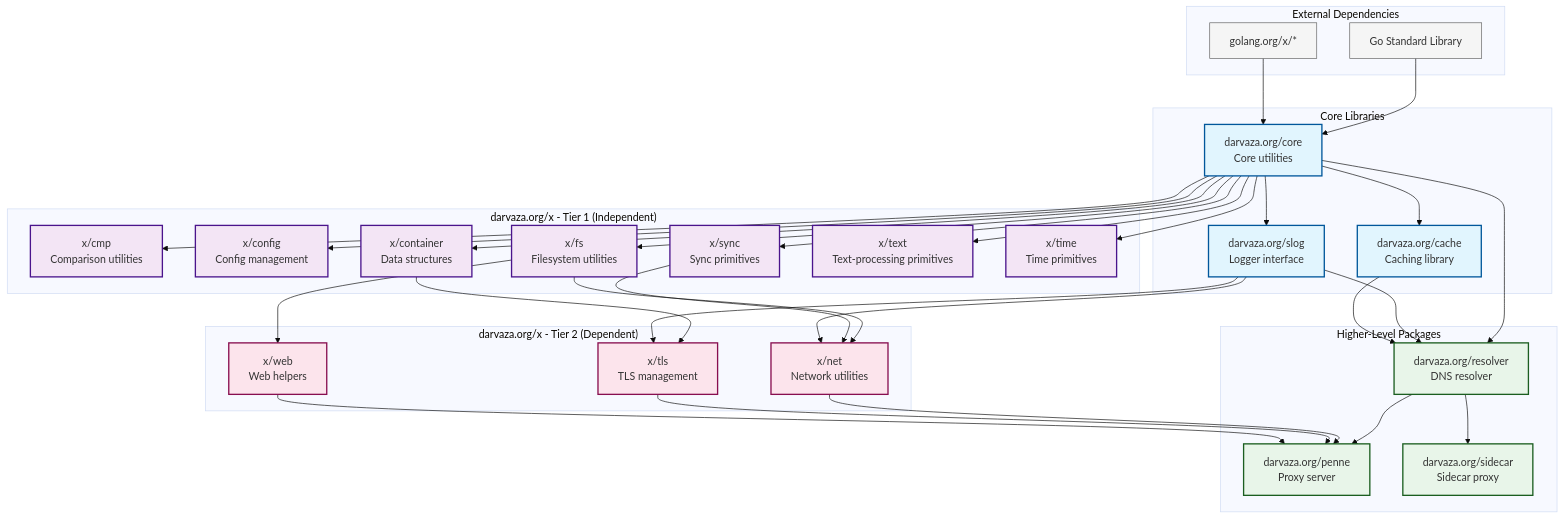
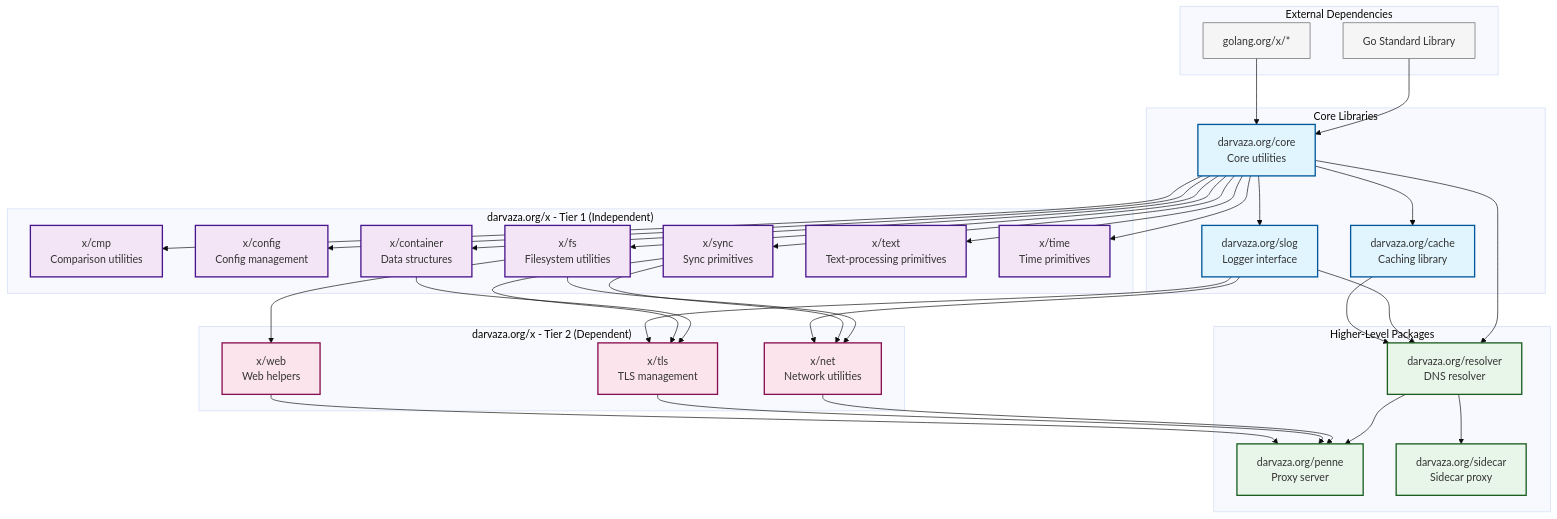
The diagram in README.md (darvaza-proxy/x), drawn with Mermaid (base theme) before and after one commit. The commit also changed other lines of this file and 9 other files, not shown here.

````diff
--- a/README.md
+++ b/README.md
@@ -90,81 +90,82 @@
 ```mermaid
 graph TB
     subgraph "External Dependencies"
         stdlib[Go Standard Library]
         ext[golang.org/x/*]
     end
 
     subgraph "Core Libraries"
         core[darvaza.org/core<br/>Core utilities]
         slog[darvaza.org/slog<br/>Logger interface]
         cache[darvaza.org/cache<br/>Caching library]
     end
 
     subgraph "darvaza.org/x - Tier 1 (Independent)"
         cmp[x/cmp<br/>Comparison utilities]
         config[x/config<br/>Config management]
         sync[x/sync<br/>Sync primitives]
         fs[x/fs<br/>Filesystem utilities]
         container[x/container<br/>Data structures]
         text[x/text<br/>Text-processing primitives]
         time[x/time<br/>Time primitives]
     end
 
     subgraph "darvaza.org/x - Tier 2 (Dependent)"
         net[x/net<br/>Network utilities]
         web[x/web<br/>Web helpers]
         tls[x/tls<br/>TLS management]
     end
 
     subgraph "Higher-Level Packages"
         resolver[darvaza.org/resolver<br/>DNS resolver]
         penne[darvaza.org/penne<br/>Proxy server]
         sidecar[darvaza.org/sidecar<br/>Sidecar proxy]
     end
 
     %% Core dependencies
     stdlib --> core
     ext --> core
     core --> slog
     core --> cache
 
     %% x/ Tier 1 dependencies
     core --> cmp
     core --> config
     core --> sync
     core --> fs
     core --> container
     core --> text
     core --> time
 
     %% x/ Tier 2 dependencies
     fs --> net
     fs --> web
     sync --> net
     container --> tls
+    sync --> tls
     slog --> net
     slog --> tls
 
     %% Higher-level dependencies
     core --> resolver
     slog --> resolver
     cache --> resolver
 
     resolver --> penne
     resolver --> sidecar
     net --> penne
     tls --> penne
     web --> penne
 
     classDef core fill:#e1f5fe,stroke:#01579b,stroke-width:2px
     classDef tier1 fill:#f3e5f5,stroke:#4a148c,stroke-width:2px
     classDef tier2 fill:#fce4ec,stroke:#880e4f,stroke-width:2px
     classDef external fill:#f5f5f5,stroke:#616161,stroke-width:1px
     classDef highlevel fill:#e8f5e9,stroke:#1b5e20,stroke-width:2px
 
     class core,slog,cache core
     class cmp,config,sync,fs,container,text,time tier1
     class net,web,tls tier2
     class stdlib,ext external
     class resolver,penne,sidecar highlevel
 ```
````
